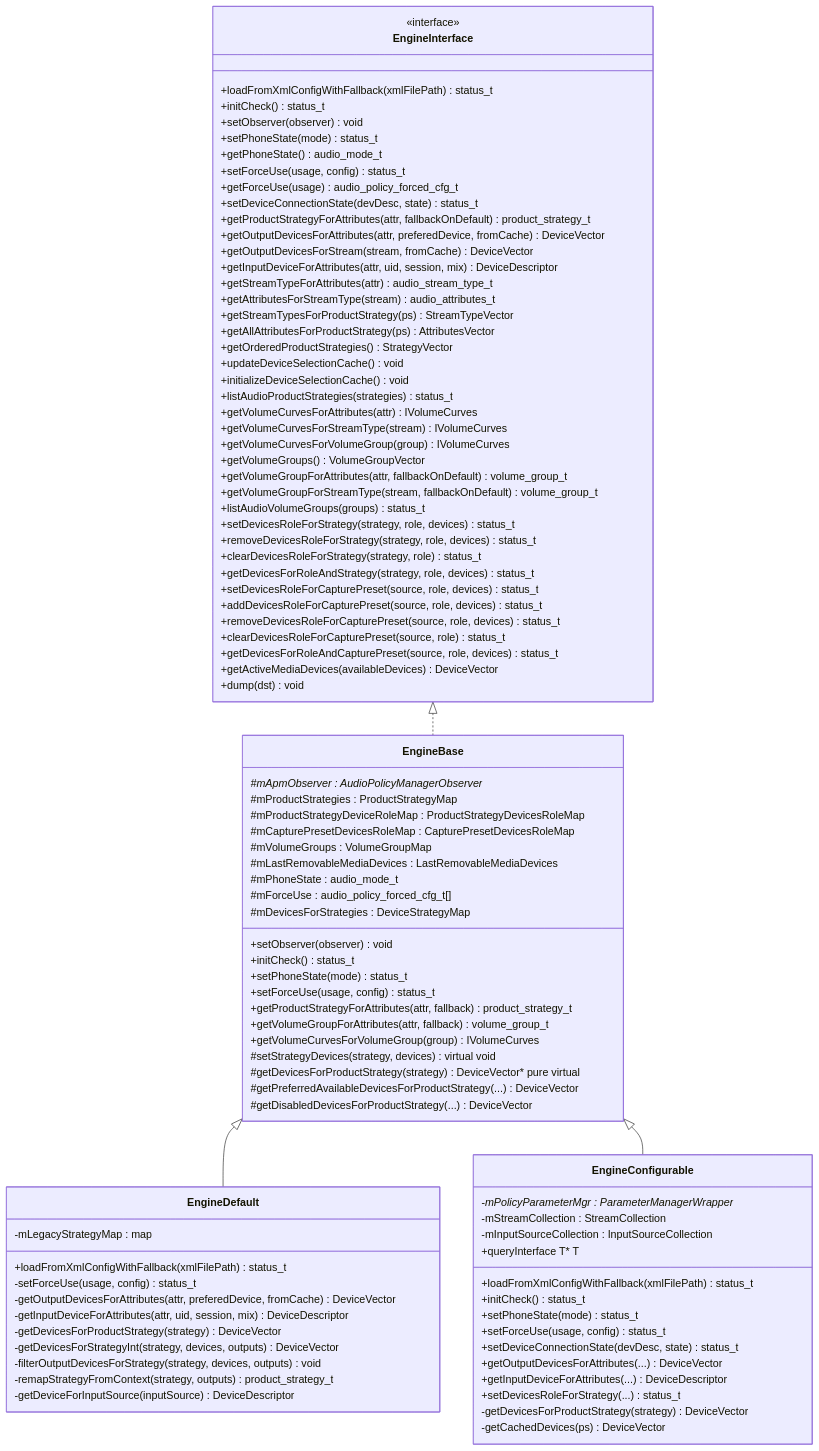
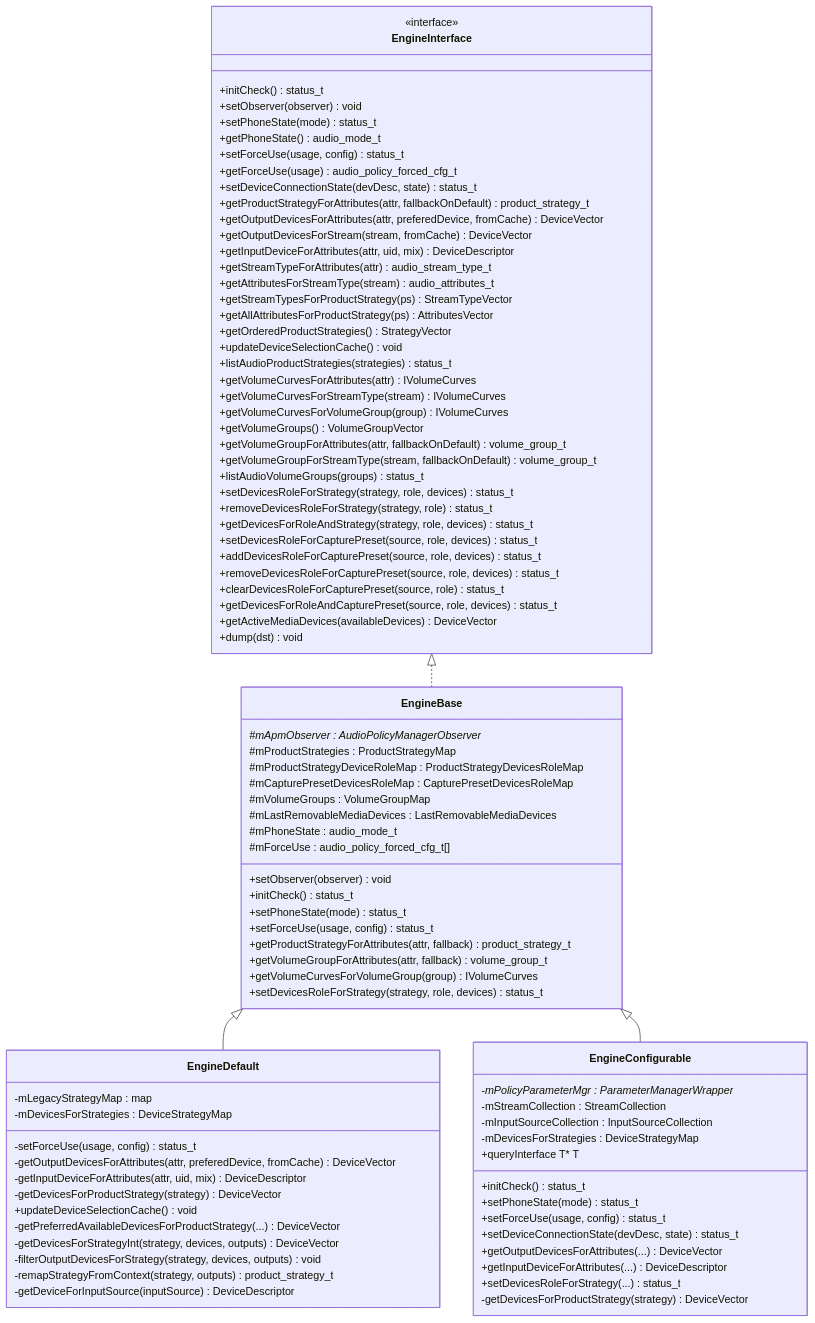
One commit to yanglinzhen1022/SA8295_AAOS_QNX_Audio_KnowledgeBase changed the second of 6 diagrams in 06_Audio_Policy_Engine/06_6.9_EngineInterface-策略引擎接口.md. Above: the diagram before and after it, drawn with Mermaid. The commit also changed other lines of this file and 11 other files, not shown here.

```diff
--- a/06_Audio_Policy_Engine/06_6.9_EngineInterface-策略引擎接口.md
+++ b/06_Audio_Policy_Engine/06_6.9_EngineInterface-策略引擎接口.md
@@ -29,7 +29,6 @@
 classDiagram
     class EngineInterface {
         <<interface>>
-        +loadFromXmlConfigWithFallback(xmlFilePath) status_t
         +initCheck() status_t
         +setObserver(observer) void
         +setPhoneState(mode) status_t
@@ -40,14 +39,13 @@
         +getProductStrategyForAttributes(attr, fallbackOnDefault) product_strategy_t
         +getOutputDevicesForAttributes(attr, preferedDevice, fromCache) DeviceVector
         +getOutputDevicesForStream(stream, fromCache) DeviceVector
-        +getInputDeviceForAttributes(attr, uid, session, mix) DeviceDescriptor
+        +getInputDeviceForAttributes(attr, uid, mix) DeviceDescriptor
         +getStreamTypeForAttributes(attr) audio_stream_type_t
         +getAttributesForStreamType(stream) audio_attributes_t
         +getStreamTypesForProductStrategy(ps) StreamTypeVector
         +getAllAttributesForProductStrategy(ps) AttributesVector
         +getOrderedProductStrategies() StrategyVector
         +updateDeviceSelectionCache() void
-        +initializeDeviceSelectionCache() void
         +listAudioProductStrategies(strategies) status_t
         +getVolumeCurvesForAttributes(attr) IVolumeCurves
         +getVolumeCurvesForStreamType(stream) IVolumeCurves
@@ -57,8 +55,7 @@
         +getVolumeGroupForStreamType(stream, fallbackOnDefault) volume_group_t
         +listAudioVolumeGroups(groups) status_t
         +setDevicesRoleForStrategy(strategy, role, devices) status_t
-        +removeDevicesRoleForStrategy(strategy, role, devices) status_t
-        +clearDevicesRoleForStrategy(strategy, role) status_t
+        +removeDevicesRoleForStrategy(strategy, role) status_t
         +getDevicesForRoleAndStrategy(strategy, role, devices) status_t
         +setDevicesRoleForCapturePreset(source, role, devices) status_t
         +addDevicesRoleForCapturePreset(source, role, devices) status_t
@@ -78,7 +75,6 @@
         #mLastRemovableMediaDevices : LastRemovableMediaDevices
         #mPhoneState : audio_mode_t
         #mForceUse : audio_policy_forced_cfg_t[]
-        #mDevicesForStrategies : DeviceStrategyMap
         +setObserver(observer) void
         +initCheck() status_t
         +setPhoneState(mode) status_t
@@ -86,19 +82,18 @@
         +getProductStrategyForAttributes(attr, fallback) product_strategy_t
         +getVolumeGroupForAttributes(attr, fallback) volume_group_t
         +getVolumeCurvesForVolumeGroup(group) IVolumeCurves
-        #setStrategyDevices(strategy, devices) virtual void
-        #getDevicesForProductStrategy(strategy) DeviceVector* pure virtual
-        #getPreferredAvailableDevicesForProductStrategy(...) DeviceVector
-        #getDisabledDevicesForProductStrategy(...) DeviceVector
+        +setDevicesRoleForStrategy(strategy, role, devices) status_t
     }
 
     class EngineDefault {
         -mLegacyStrategyMap : map
-        +loadFromXmlConfigWithFallback(xmlFilePath) status_t
+        -mDevicesForStrategies : DeviceStrategyMap
         -setForceUse(usage, config) status_t
         -getOutputDevicesForAttributes(attr, preferedDevice, fromCache) DeviceVector
-        -getInputDeviceForAttributes(attr, uid, session, mix) DeviceDescriptor
+        -getInputDeviceForAttributes(attr, uid, mix) DeviceDescriptor
         -getDevicesForProductStrategy(strategy) DeviceVector
+        +updateDeviceSelectionCache() void
+        -getPreferredAvailableDevicesForProductStrategy(...) DeviceVector
         -getDevicesForStrategyInt(strategy, devices, outputs) DeviceVector
         -filterOutputDevicesForStrategy(strategy, devices, outputs) void
         -remapStrategyFromContext(strategy, outputs) product_strategy_t
@@ -109,7 +104,7 @@
         -mPolicyParameterMgr : ParameterManagerWrapper*
         -mStreamCollection : StreamCollection
         -mInputSourceCollection : InputSourceCollection
-        +loadFromXmlConfigWithFallback(xmlFilePath) status_t
+        -mDevicesForStrategies : DeviceStrategyMap
         +initCheck() status_t
         +setPhoneState(mode) status_t
         +setForceUse(usage, config) status_t
@@ -119,7 +114,6 @@
         +setDevicesRoleForStrategy(...) status_t
         +queryInterface T* T
         -getDevicesForProductStrategy(strategy) DeviceVector
-        -getCachedDevices(ps) DeviceVector
     }
 
     EngineInterface <|.. EngineBase
```
